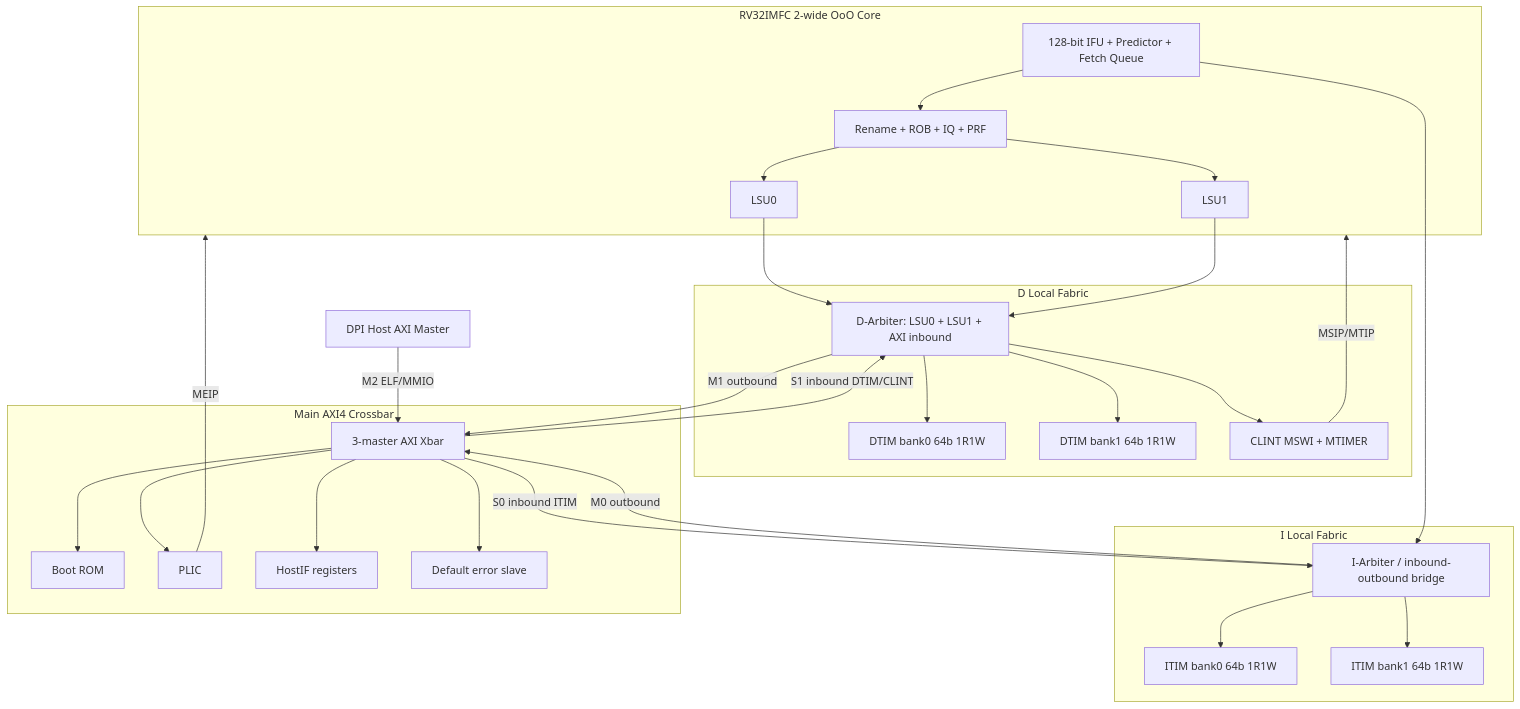
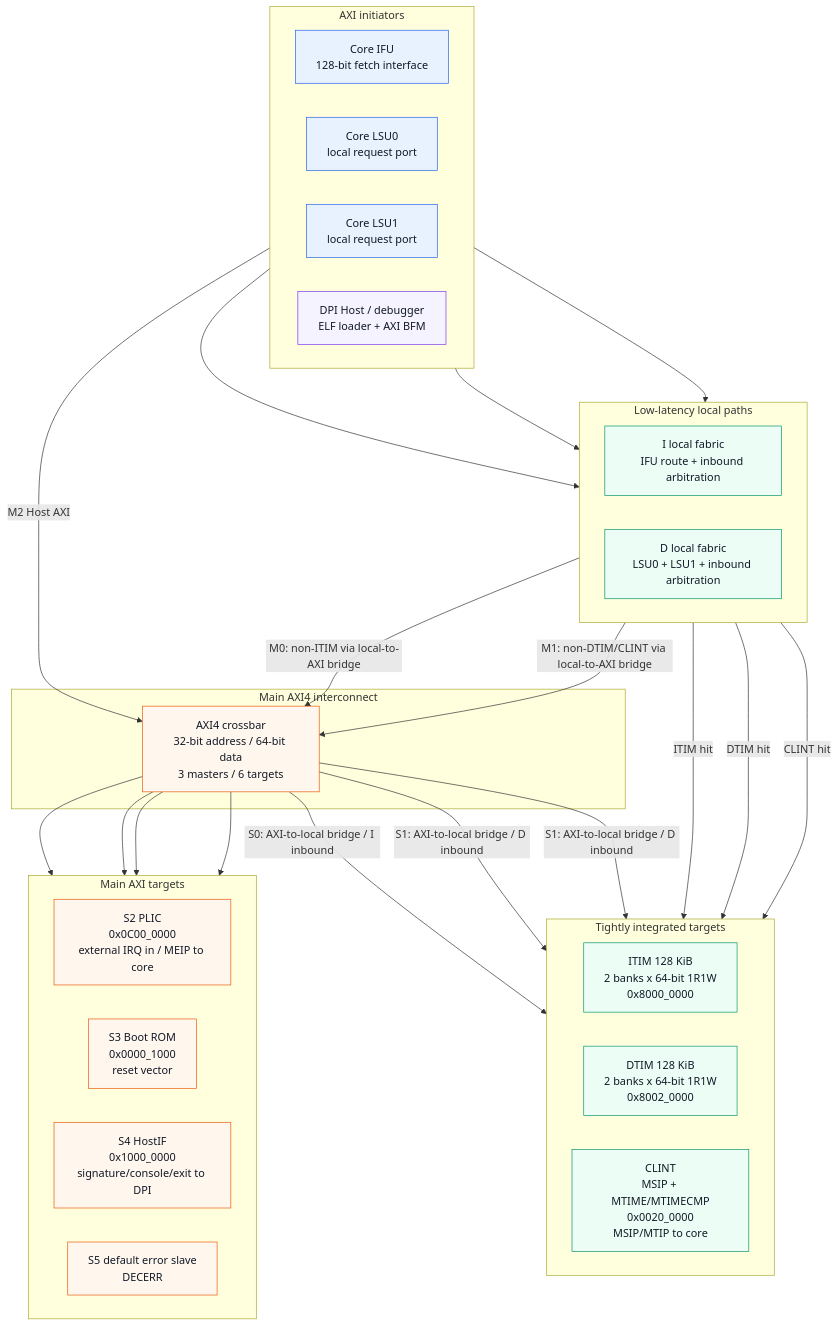
Before and after one commit to mhcp0000-jpg/core_from_home: the first of 3 diagrams in docs/HDD_Core_Architecture.md, drawn with Mermaid. The commit also changed other lines of this file and 1 other file, not shown here.

Commit message:
Add SoC and core architecture diagrams

````diff
--- a/docs/HDD_Core_Architecture.md
+++ b/docs/HDD_Core_Architecture.md
@@ -102,54 +102,63 @@
 ```mermaid
 flowchart TB
-    subgraph CORE[RV32IMFC 2-wide OoO Core]
-      IFU[128-bit IFU + Predictor + Fetch Queue]
-      BE[Rename + ROB + IQ + PRF]
-      LSU0[LSU0]
-      LSU1[LSU1]
-      IFU --> BE
-      BE --> LSU0
-      BE --> LSU1
+    subgraph INIT["AXI initiators"]
+      direction LR
+      IFU["Core IFU<br/>128-bit fetch interface"]
+      LSU0["Core LSU0<br/>local request port"]
+      LSU1["Core LSU1<br/>local request port"]
+      DPI["DPI Host / debugger<br/>ELF loader + AXI BFM"]
     end
 
-    subgraph IL[I Local Fabric]
-      IARB[I-Arbiter / inbound-outbound bridge]
-      IT0[ITIM bank0 64b 1R1W]
-      IT1[ITIM bank1 64b 1R1W]
-      IARB --> IT0
-      IARB --> IT1
+    subgraph LOCAL["Low-latency local paths"]
+      direction LR
+      IFAB["I local fabric<br/>IFU route + inbound arbitration"]
+      DFAB["D local fabric<br/>LSU0 + LSU1 + inbound arbitration"]
     end
 
-    subgraph DL[D Local Fabric]
-      DARB[D-Arbiter: LSU0 + LSU1 + AXI inbound]
-      DT0[DTIM bank0 64b 1R1W]
-      DT1[DTIM bank1 64b 1R1W]
-      CLINT[CLINT MSWI + MTIMER]
-      DARB --> DT0
-      DARB --> DT1
-      DARB --> CLINT
+    subgraph MAIN["Main AXI4 interconnect"]
+      XBAR["AXI4 crossbar<br/>32-bit address / 64-bit data<br/>3 masters / 6 targets"]
     end
 
-    subgraph AXI[Main AXI4 Crossbar]
-      XBAR[3-master AXI Xbar]
-      BOOT[Boot ROM]
-      PLIC[PLIC]
-      HOSTIF[HostIF registers]
-      ERR[Default error slave]
-      XBAR --> BOOT
-      XBAR --> PLIC
-      XBAR --> HOSTIF
-      XBAR --> ERR
+    subgraph LOCAL_TARGETS["Tightly integrated targets"]
+      direction LR
+      ITIM["ITIM 128 KiB<br/>2 banks x 64-bit 1R1W<br/>0x8000_0000"]
+      DTIM["DTIM 128 KiB<br/>2 banks x 64-bit 1R1W<br/>0x8002_0000"]
+      CLINT["CLINT<br/>MSIP + MTIME/MTIMECMP<br/>0x0020_0000<br/>MSIP/MTIP to core"]
     end
 
-    HOST[DPI Host AXI Master]
-    IFU --> IARB
-    LSU0 --> DARB
-    LSU1 --> DARB
-    IARB -->|M0 outbound| XBAR
-    DARB -->|M1 outbound| XBAR
-    HOST -->|M2 ELF/MMIO| XBAR
-    XBAR -->|S0 inbound ITIM| IARB
-    XBAR -->|S1 inbound DTIM/CLINT| DARB
-    CLINT -->|MSIP/MTIP| CORE
-    PLIC -->|MEIP| CORE
+    subgraph AXI_TARGETS["Main AXI targets"]
+      direction LR
+      PLIC["S2 PLIC<br/>0x0C00_0000<br/>external IRQ in / MEIP to core"]
+      BOOT["S3 Boot ROM<br/>0x0000_1000<br/>reset vector"]
+      HOSTIF["S4 HostIF<br/>0x1000_0000<br/>signature/console/exit to DPI"]
+      ERR["S5 default error slave<br/>DECERR"]
+    end
+
+    IFU --> IFAB
+    LSU0 --> DFAB
+    LSU1 --> DFAB
+    DPI -->|"M2 Host AXI"| XBAR
+
+    IFAB -->|"ITIM hit"| ITIM
+    DFAB -->|"DTIM hit"| DTIM
+    DFAB -->|"CLINT hit"| CLINT
+    IFAB -->|"M0: non-ITIM via local-to-AXI bridge"| XBAR
+    DFAB -->|"M1: non-DTIM/CLINT via local-to-AXI bridge"| XBAR
+
+    XBAR -->|"S0: AXI-to-local bridge / I inbound"| ITIM
+    XBAR -->|"S1: AXI-to-local bridge / D inbound"| DTIM
+    XBAR -->|"S1: AXI-to-local bridge / D inbound"| CLINT
+    XBAR --> PLIC
+    XBAR --> BOOT
+    XBAR --> HOSTIF
+    XBAR --> ERR
+
+    classDef core fill:#e8f2ff,stroke:#2563eb,color:#111827;
+    classDef local fill:#ecfdf5,stroke:#059669,color:#111827;
+    classDef axi fill:#fff7ed,stroke:#ea580c,color:#111827;
+    classDef external fill:#f5f3ff,stroke:#7c3aed,color:#111827;
+    class IFU,LSU0,LSU1 core;
+    class IFAB,DFAB,ITIM,DTIM,CLINT local;
+    class XBAR,PLIC,BOOT,HOSTIF,ERR axi;
+    class DPI external;
 ```
````
